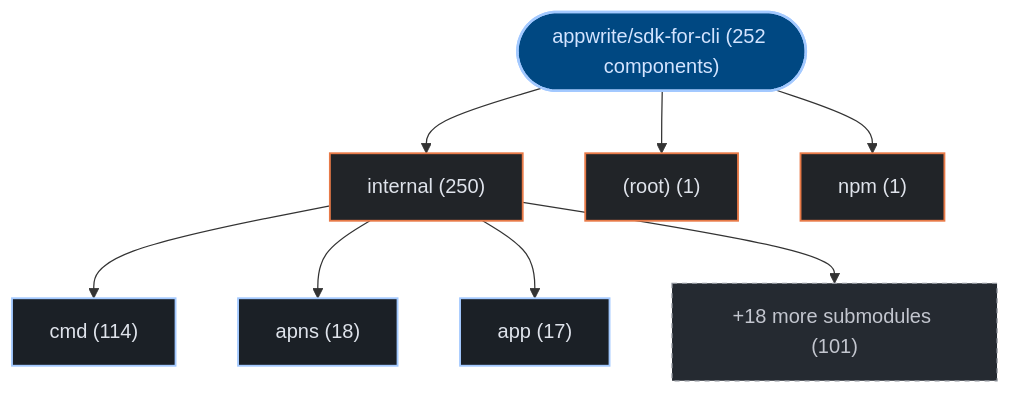
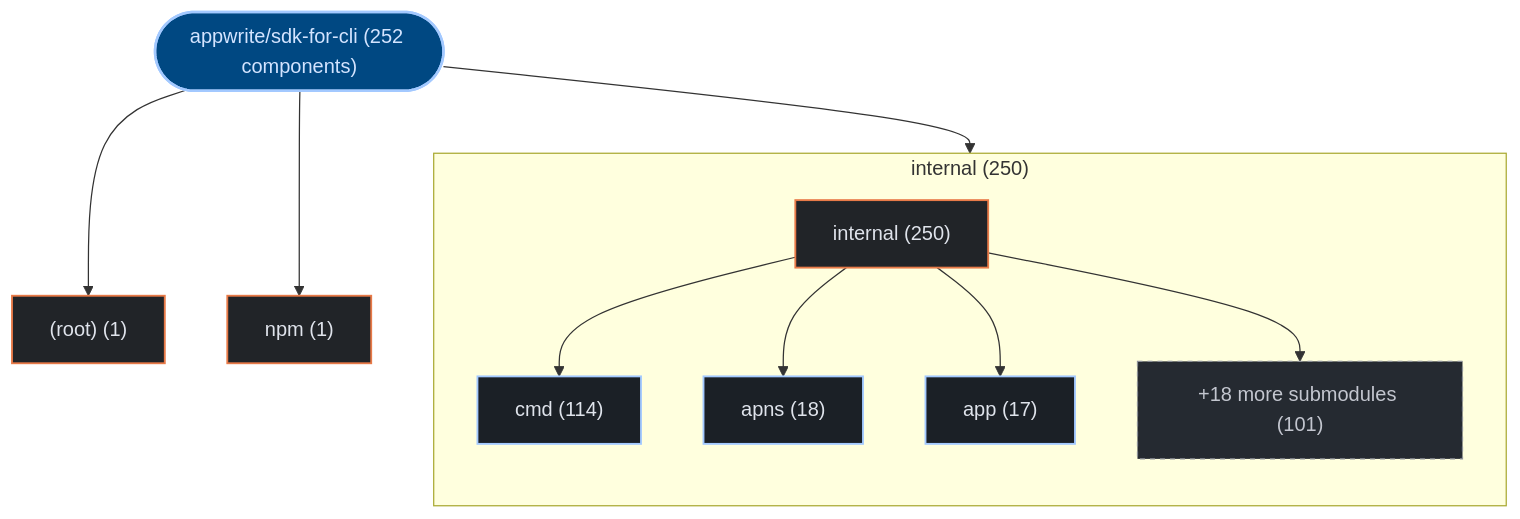
One commit to kumarshaz/atruss-code-atlas changed the first of 3 diagrams in exports/latest/reports/appwrite-sdk-for-cli-report.md. Above: the diagram before and after it, drawn with Mermaid. The commit also changed 178 other files, not shown here.

Commit message:
feat(ui,mermaid): upgrade to mermaid v12 + ELK layout, add orgs-summary + pagination, subgraph building blocks, fix tab alignment

````diff
--- a/exports/latest/reports/appwrite-sdk-for-cli-report.md
+++ b/exports/latest/reports/appwrite-sdk-for-cli-report.md
@@ -42,25 +42,28 @@
 ```mermaid
 graph TD;
   classDef atlasRoot fill:#004882,stroke:#a3c9ff,stroke-width:2px,color:#d3e4ff
   classDef atlasCategory fill:#212428,stroke:#E87A48,stroke-width:1.5px,color:#dfe3eb
   classDef atlasWorkflow fill:#1b2026,stroke:#a3c9ff,stroke-width:1.5px,color:#dfe3eb
   classDef atlasJob fill:#171c22,stroke:#8d9199,stroke-width:1px,color:#dfe3eb
   classDef atlasTarget fill:#005227,stroke:#8bd99b,stroke-width:1.5px,color:#a7f6b6
   classDef atlasAlert fill:#93000a,stroke:#ffb4ab,stroke-width:1.5px,color:#ffdad6
   classDef atlasMore fill:#252a31,stroke:#8d9199,stroke-dasharray:4 4,color:#c3c6cf
     repo_root(["appwrite/sdk-for-cli (252 components)"]):::atlasRoot
-    dir_0_internal["internal (250)"]:::atlasCategory
+    subgraph sg_dir_0_internal["internal (250)"]
+      direction TB
+      dir_0_internal["internal (250)"]:::atlasCategory
+      sub_0_0_cmd["cmd (114)"]:::atlasWorkflow
+      dir_0_internal --> sub_0_0_cmd
+      sub_0_1_apns["apns (18)"]:::atlasWorkflow
+      dir_0_internal --> sub_0_1_apns
+      sub_0_2_app["app (17)"]:::atlasWorkflow
+      dir_0_internal --> sub_0_2_app
+      sub_0_more["+18 more submodules (101)"]:::atlasMore
+      dir_0_internal --> sub_0_more
+    end
     repo_root --> dir_0_internal
-    sub_0_0_cmd["cmd (114)"]:::atlasWorkflow
-    dir_0_internal --> sub_0_0_cmd
-    sub_0_1_apns["apns (18)"]:::atlasWorkflow
-    dir_0_internal --> sub_0_1_apns
-    sub_0_2_app["app (17)"]:::atlasWorkflow
-    dir_0_internal --> sub_0_2_app
-    sub_0_more["+18 more submodules (101)"]:::atlasMore
-    dir_0_internal --> sub_0_more
     dir_1__root_["(root) (1)"]:::atlasCategory
     repo_root --> dir_1__root_
     dir_2_npm["npm (1)"]:::atlasCategory
     repo_root --> dir_2_npm
 ```
````
